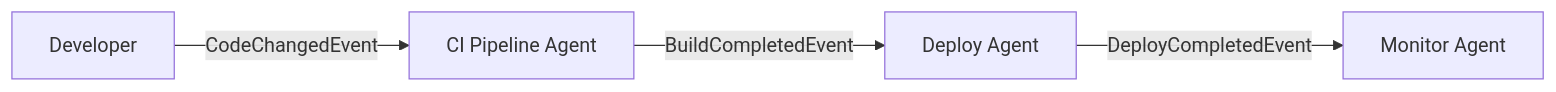
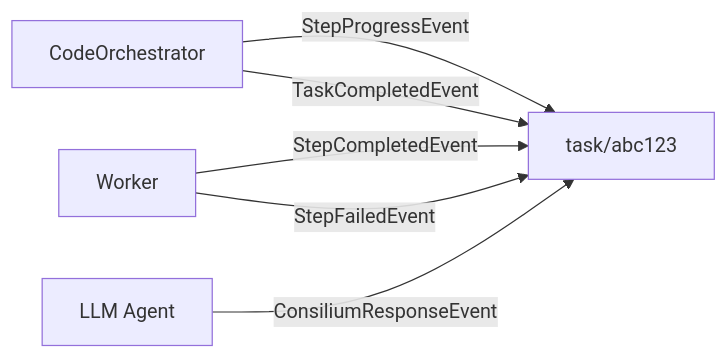
Before and after one commit to InteractiveAgents/IAW: the first of 4 diagrams in website/guide/architecture.md, drawn with Mermaid. The commit also changed other lines of this file and 5 other files, not shown here.

````diff
--- a/website/guide/architecture.md
+++ b/website/guide/architecture.md
@@ -109,6 +53,8 @@
 ```mermaid
 graph LR
-    Dev["Developer"] -->|CodeChangedEvent| CI["CI Pipeline Agent"]
-    CI -->|BuildCompletedEvent| Deploy["Deploy Agent"]
-    Deploy -->|DeployCompletedEvent| Monitor["Monitor Agent"]
+    Orch["CodeOrchestrator"] -->|StepProgressEvent| TS["task/abc123"]
+    Worker["Worker"] -->|StepCompletedEvent| TS
+    Worker -->|StepFailedEvent| TS
+    Orch -->|TaskCompletedEvent| TS
+    LLM["LLM Agent"] -->|ConsiliumResponseEvent| TS
 ```
````
